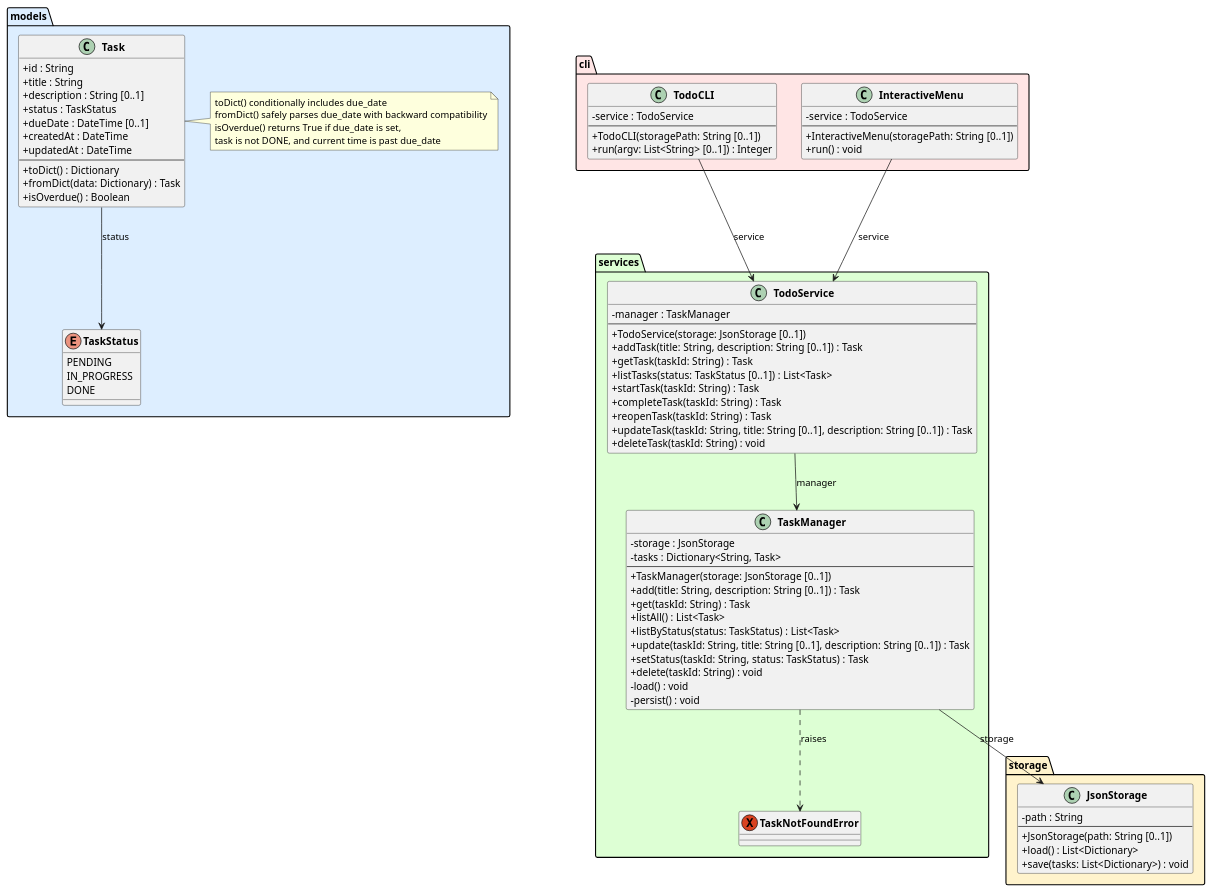
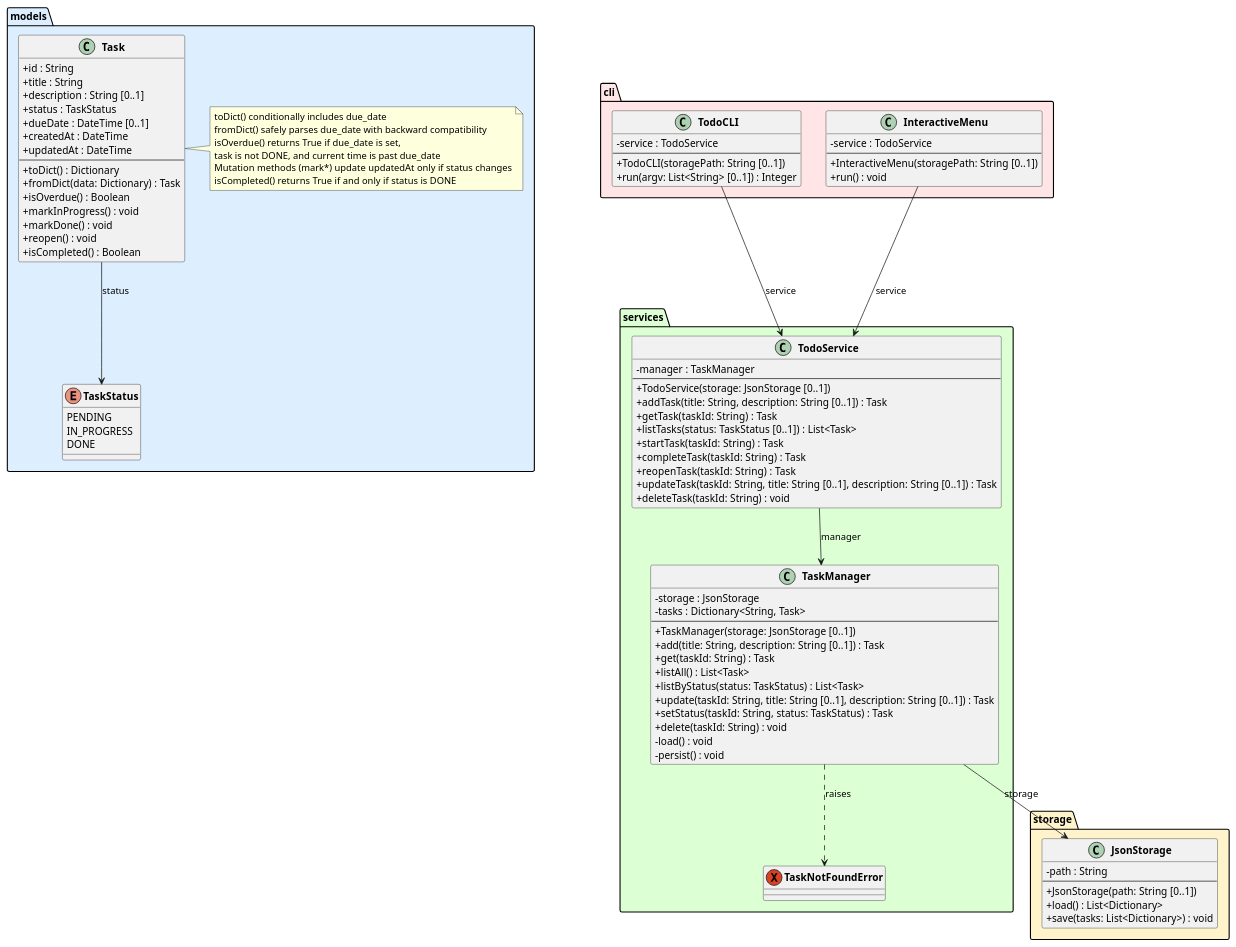
One commit to DanielRiha8906/Software_autoevolution_using_agents changed the diagram in experiments/pipeline/structured_text/TODO/artifacts/class_diagram.puml. Above: the diagram before and after it, drawn with PlantUML. The commit also changed 5 other files, not shown here.

First line of the commit message:
task 02: add status and due date methods to Task

```diff
--- a/experiments/pipeline/structured_text/TODO/artifacts/class_diagram.puml
+++ b/experiments/pipeline/structured_text/TODO/artifacts/class_diagram.puml
@@ -1,101 +1,107 @@
 @startuml class_diagram
 
 skinparam classAttributeIconSize 0
 skinparam classFontStyle bold
 
 package "models" #DDEEFF {
     enum TaskStatus {
         PENDING
         IN_PROGRESS
         DONE
     }
 
     class Task {
         +id : String
         +title : String
         +description : String [0..1]
         +status : TaskStatus
         +dueDate : DateTime [0..1]
         +createdAt : DateTime
         +updatedAt : DateTime
         --
         +toDict() : Dictionary
         +fromDict(data: Dictionary) : Task
         +isOverdue() : Boolean
+        +markInProgress() : void
+        +markDone() : void
+        +reopen() : void
+        +isCompleted() : Boolean
     }
     note right of Task
         toDict() conditionally includes due_date
         fromDict() safely parses due_date with backward compatibility
         isOverdue() returns True if due_date is set,
         task is not DONE, and current time is past due_date
+        Mutation methods (mark*) update updatedAt only if status changes
+        isCompleted() returns True if and only if status is DONE
     end note
 }
 
 package "storage" #FFF3CC {
     class JsonStorage {
         -path : String
         --
         +JsonStorage(path: String [0..1])
         +load() : List<Dictionary>
         +save(tasks: List<Dictionary>) : void
     }
 }
 
 package "services" #DDFFD4 {
     exception TaskNotFoundError
 
     class TaskManager {
         -storage : JsonStorage
         -tasks : Dictionary<String, Task>
         --
         +TaskManager(storage: JsonStorage [0..1])
         +add(title: String, description: String [0..1]) : Task
         +get(taskId: String) : Task
         +listAll() : List<Task>
         +listByStatus(status: TaskStatus) : List<Task>
         +update(taskId: String, title: String [0..1], description: String [0..1]) : Task
         +setStatus(taskId: String, status: TaskStatus) : Task
         +delete(taskId: String) : void
         -load() : void
         -persist() : void
     }
 
     class TodoService {
         -manager : TaskManager
         --
         +TodoService(storage: JsonStorage [0..1])
         +addTask(title: String, description: String [0..1]) : Task
         +getTask(taskId: String) : Task
         +listTasks(status: TaskStatus [0..1]) : List<Task>
         +startTask(taskId: String) : Task
         +completeTask(taskId: String) : Task
         +reopenTask(taskId: String) : Task
         +updateTask(taskId: String, title: String [0..1], description: String [0..1]) : Task
         +deleteTask(taskId: String) : void
     }
 }
 
 package "cli" #FFE5E5 {
     class TodoCLI {
         -service : TodoService
         --
         +TodoCLI(storagePath: String [0..1])
         +run(argv: List<String> [0..1]) : Integer
     }
 
     class InteractiveMenu {
         -service : TodoService
         --
         +InteractiveMenu(storagePath: String [0..1])
         +run() : void
     }
 }
 
 Task --> TaskStatus : status
 TaskManager --> JsonStorage : storage
 TaskManager ..> TaskNotFoundError : raises
 TodoService --> TaskManager : manager
 TodoCLI --> TodoService : service
 InteractiveMenu --> TodoService : service
 
 @enduml
```
